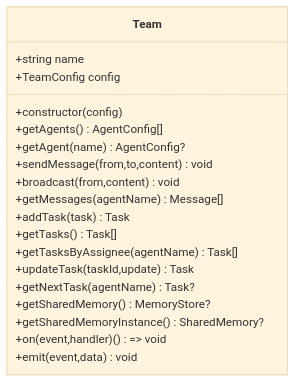
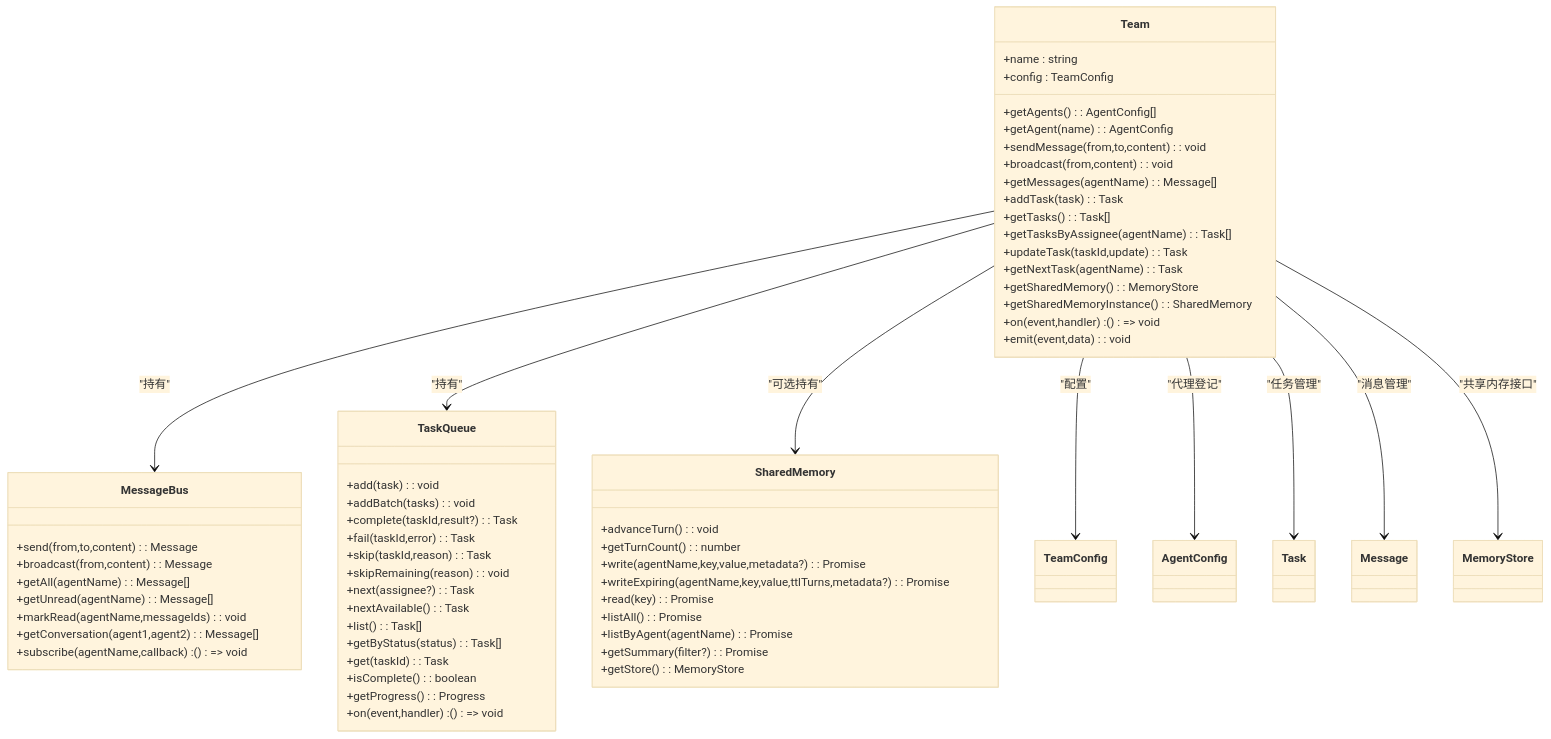
One commit to haolange/open-multi-agent changed the second of 6 diagrams in .qoder/repowiki/zh/content/API 参考/团队 API.md. Above: the diagram before and after it, drawn with Mermaid (base theme). The commit also changed other lines of this file and 100 other files, not shown here.

````diff
--- a/.qoder/repowiki/zh/content/API 参考/团队 API.md
+++ b/.qoder/repowiki/zh/content/API 参考/团队 API.md
@@ -154,22 +102,65 @@
 ```mermaid
 classDiagram
 class Team {
-+string name
-+TeamConfig config
-+constructor(config)
-+getAgents() AgentConfig[]
-+getAgent(name) AgentConfig?
-+sendMessage(from,to,content) void
-+broadcast(from,content) void
-+getMessages(agentName) Message[]
-+addTask(task) Task
-+getTasks() Task[]
-+getTasksByAssignee(agentName) Task[]
-+updateTask(taskId,update) Task
-+getNextTask(agentName) Task?
-+getSharedMemory() MemoryStore?
-+getSharedMemoryInstance() SharedMemory?
-+on(event,handler) () => void
-+emit(event,data) void
++name : string
++config : TeamConfig
++getAgents() : AgentConfig[]
++getAgent(name) : AgentConfig
++sendMessage(from,to,content) : void
++broadcast(from,content) : void
++getMessages(agentName) : Message[]
++addTask(task) : Task
++getTasks() : Task[]
++getTasksByAssignee(agentName) : Task[]
++updateTask(taskId,update) : Task
++getNextTask(agentName) : Task
++getSharedMemory() : MemoryStore
++getSharedMemoryInstance() : SharedMemory
++on(event,handler) : () => void
++emit(event,data) : void
 }
+class MessageBus {
++send(from,to,content) : Message
++broadcast(from,content) : Message
++getAll(agentName) : Message[]
++getUnread(agentName) : Message[]
++markRead(agentName,messageIds) : void
++getConversation(agent1,agent2) : Message[]
++subscribe(agentName,callback) : () => void
+}
+class TaskQueue {
++add(task) : void
++addBatch(tasks) : void
++complete(taskId,result?) : Task
++fail(taskId,error) : Task
++skip(taskId,reason) : Task
++skipRemaining(reason) : void
++next(assignee?) : Task
++nextAvailable() : Task
++list() : Task[]
++getByStatus(status) : Task[]
++get(taskId) : Task
++isComplete() : boolean
++getProgress() : Progress
++on(event,handler) : () => void
+}
+class SharedMemory {
++advanceTurn() : void
++getTurnCount() : number
++write(agentName,key,value,metadata?) : Promise<void>
++writeExpiring(agentName,key,value,ttlTurns,metadata?) : Promise<void>
++read(key) : Promise<MemoryEntry|null>
++listAll() : Promise<MemoryEntry[]>
++listByAgent(agentName) : Promise<MemoryEntry[]>
++getSummary(filter?) : Promise<string>
++getStore() : MemoryStore
+}
+Team --> MessageBus : "持有"
+Team --> TaskQueue : "持有"
+Team --> SharedMemory : "可选持有"
+Team --> TeamConfig : "配置"
+Team --> AgentConfig : "代理登记"
+Team --> Task : "任务管理"
+Team --> Message : "消息管理"
+Team --> MemoryStore : "共享内存接口"
 ```
````
